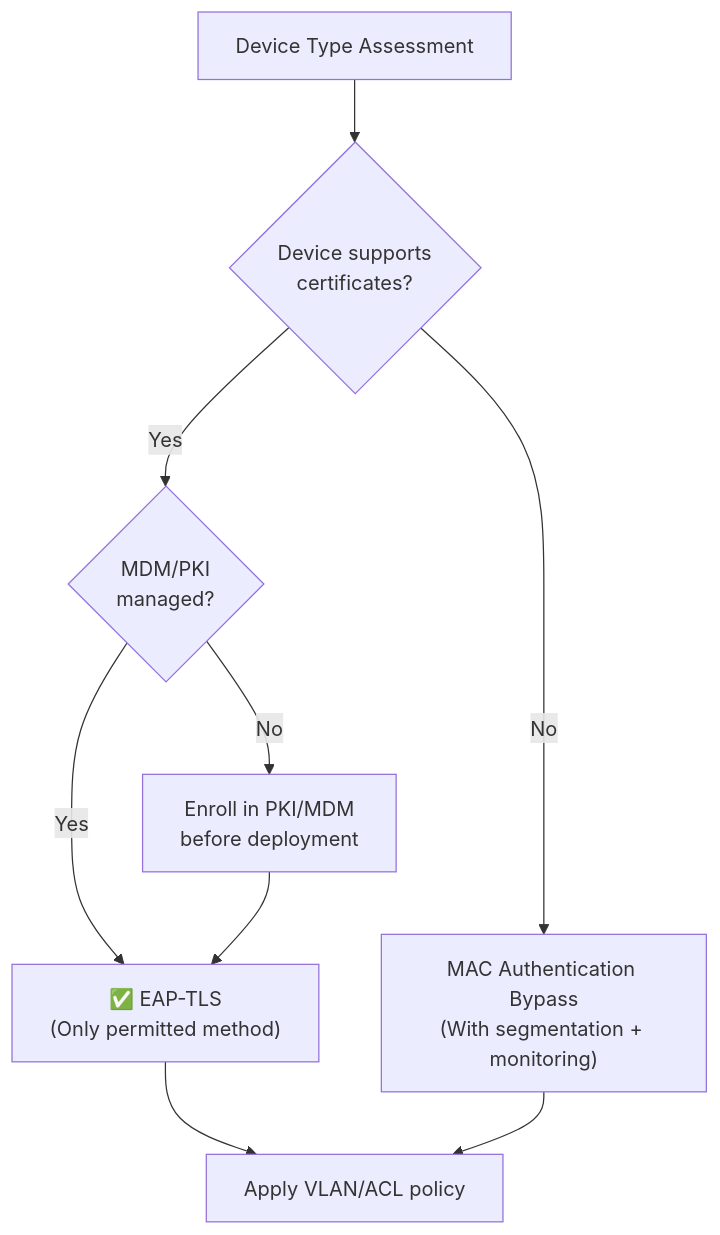
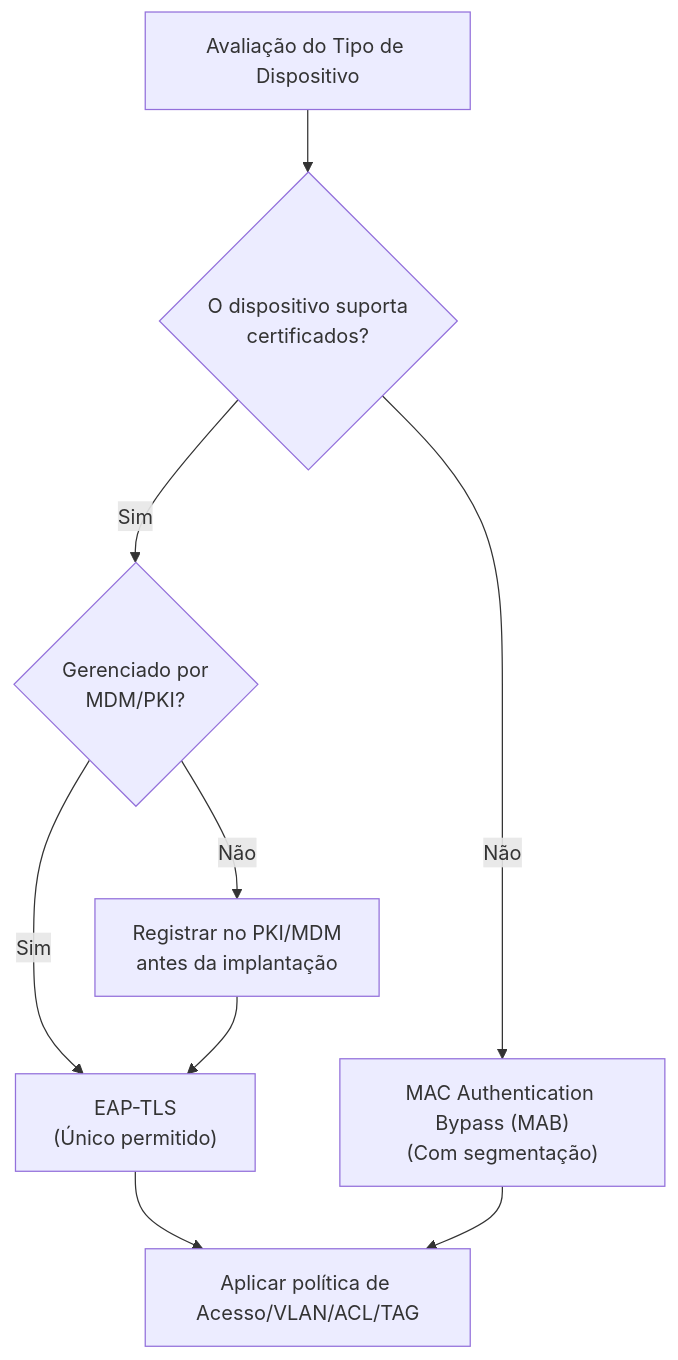
The third of 14 diagrams in README.md (andreirapuru/Diagramas-Dot1x), drawn with Mermaid before and after one commit. The commit also changed other lines of this file, not shown here.

````diff
--- a/README.md
+++ b/README.md
@@ -73,14 +73,15 @@
 ```mermaid
 flowchart TD
-    START[Device Type Assessment] --> Q1{Device supports<br/>certificates?}
-    Q1 -->|Yes| Q2{MDM/PKI<br/>managed?}
-    Q1 -->|No| MAB["MAC Authentication Bypass<br/>(With segmentation + monitoring)"]
+    START[Avaliação do Tipo de Dispositivo] --> Q1{O dispositivo suporta<br/>certificados?}
 
-    Q2 -->|Yes| EAPTLS["✅ EAP-TLS<br/>(Only permitted method)"]
-    Q2 -->|No| ENROLL["Enroll in PKI/MDM<br/>before deployment"]
+    Q1 -->|Sim| Q2{Gerenciado por<br/>MDM/PKI?}
+    Q1 -->|Não| MAB["MAC Authentication Bypass (MAB)<br/>(Com segmentação)"]
+
+    Q2 -->|Sim| EAPTLS["EAP-TLS<br/>(Único permitido)"]
+    Q2 -->|Não| ENROLL["Registrar no PKI/MDM<br/>antes da implantação"]
 
     ENROLL --> EAPTLS
 
-    EAPTLS --> RESULT[Apply VLAN/ACL policy]
+    EAPTLS --> RESULT[Aplicar política de Acesso/VLAN/ACL/TAG]
     MAB --> RESULT
 ```
````
